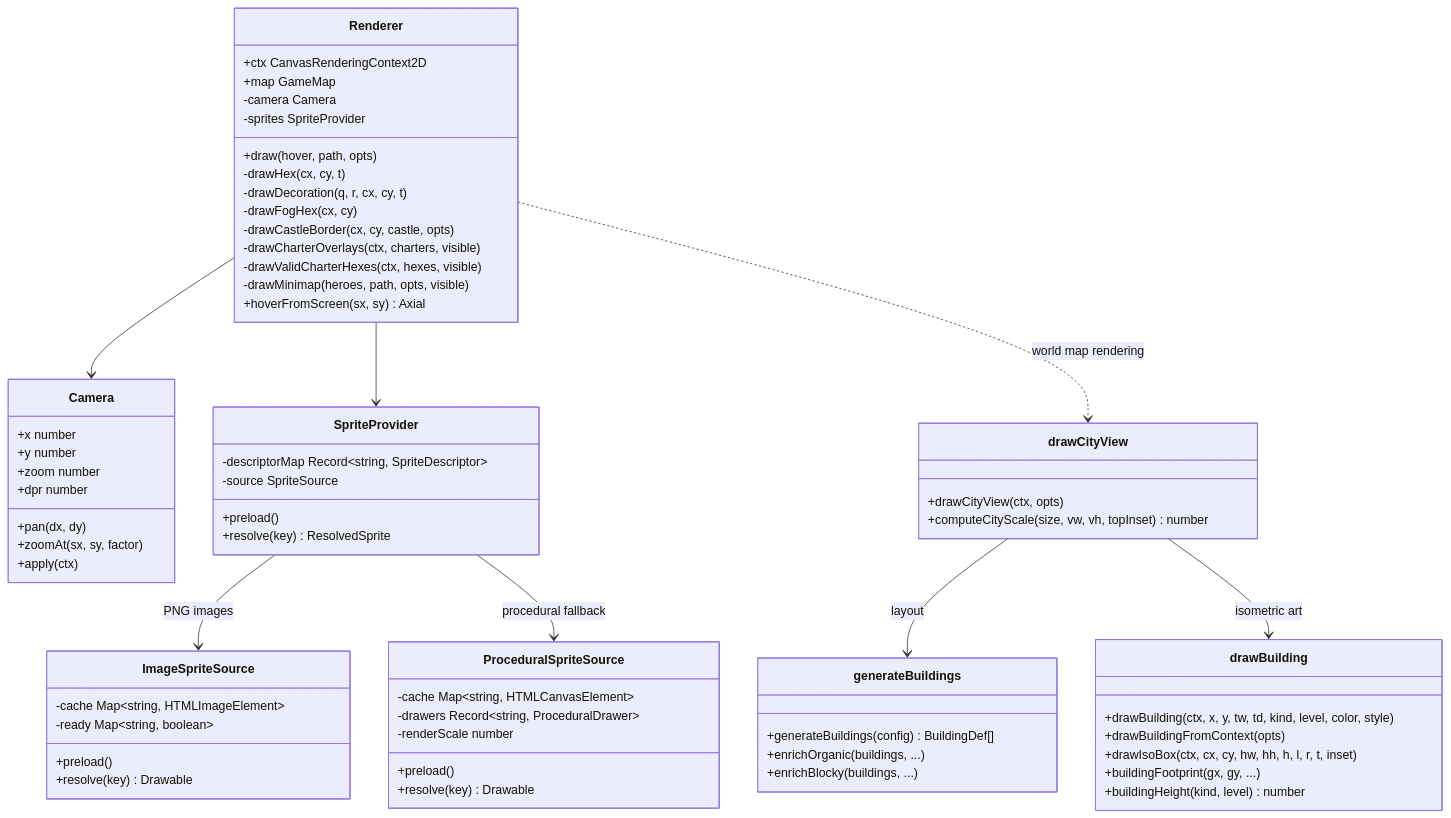
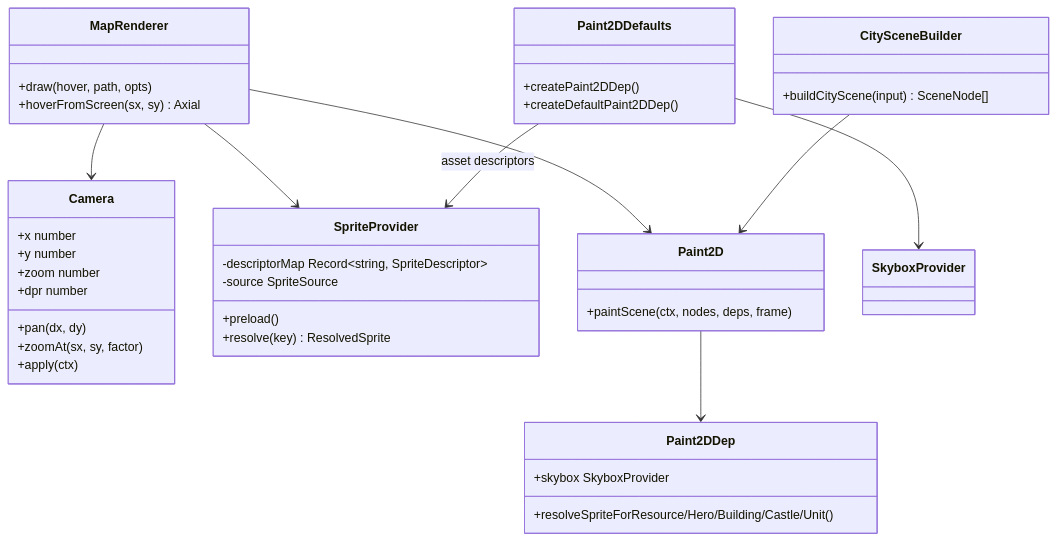
One commit to JLRoper/vigilant-palm-tree changed the eighth of 8 diagrams in src/render/docs/technical-spec.md. Above: the diagram before and after it, drawn with Mermaid. The commit also changed other lines of this file and 23 other files, not shown here.

````diff
--- a/src/render/docs/technical-spec.md
+++ b/src/render/docs/technical-spec.md
@@ -876,77 +902,45 @@
 ```mermaid
 classDiagram
-    class Renderer {
-        +ctx CanvasRenderingContext2D
-        +map GameMap
-        -camera Camera
-        -sprites SpriteProvider
+    class MapRenderer {
         +draw(hover, path, opts)
-        -drawHex(cx, cy, t)
-        -drawDecoration(q, r, cx, cy, t)
-        -drawFogHex(cx, cy)
-        -drawCastleBorder(cx, cy, castle, opts)
-        -drawCharterOverlays(ctx, charters, visible)
-        -drawValidCharterHexes(ctx, hexes, visible)
-        -drawMinimap(heroes, path, opts, visible)
         +hoverFromScreen(sx, sy) Axial
     }
-
     class Camera {
         +x number
         +y number
         +zoom number
         +dpr number
         +pan(dx, dy)
         +zoomAt(sx, sy, factor)
         +apply(ctx)
     }
-
     class SpriteProvider {
         -descriptorMap Record~string, SpriteDescriptor~
         -source SpriteSource
         +preload()
         +resolve(key) ResolvedSprite
     }
+    class CitySceneBuilder {
+        +buildCityScene(input) SceneNode[]
+    }
+    class Paint2D {
+        +paintScene(ctx, nodes, deps, frame)
+    }
+    class Paint2DDep {
+        +resolveSpriteForResource/Hero/Building/Castle/Unit()
+        +skybox SkyboxProvider
+    }
+    class Paint2DDefaults {
+        +createPaint2DDep()
+        +createDefaultPaint2DDep()
+    }
+    class SkyboxProvider
 
-    class ImageSpriteSource {
-        -cache Map~string, HTMLImageElement~
-        -ready Map~string, boolean~
-        +preload()
-        +resolve(key) Drawable
-    }
-
-    class ProceduralSpriteSource {
-        -cache Map~string, HTMLCanvasElement~
-        -drawers Record~string, ProceduralDrawer~
-        -renderScale number
-        +preload()
-        +resolve(key) Drawable
-    }
-
-    class drawCityView {
-        +drawCityView(ctx, opts)
-        +computeCityScale(size, vw, vh, topInset) number
-    }
-
-    class generateBuildings {
-        +generateBuildings(config) BuildingDef[]
-        +enrichOrganic(buildings, ...)
-        +enrichBlocky(buildings, ...)
-    }
-
-    class drawBuilding {
-        +drawBuilding(ctx, x, y, tw, td, kind, level, color, style)
-        +drawBuildingFromContext(opts)
-        +drawIsoBox(ctx, cx, cy, hw, hh, h, l, r, t, inset)
-        +buildingFootprint(gx, gy, ...)
-        +buildingHeight(kind, level) number
-    }
-
-    Renderer --> Camera
-    Renderer --> SpriteProvider
-    SpriteProvider --> ImageSpriteSource : PNG images
-    SpriteProvider --> ProceduralSpriteSource : procedural fallback
-    Renderer ..> drawCityView : world map rendering
-    drawCityView --> generateBuildings : layout
-    drawCityView --> drawBuilding : isometric art
+    MapRenderer --> Camera
+    MapRenderer --> SpriteProvider
+    MapRenderer --> Paint2D
+    CitySceneBuilder --> Paint2D
+    Paint2D --> Paint2DDep
+    Paint2DDefaults --> SpriteProvider : asset descriptors
+    Paint2DDefaults --> SkyboxProvider
 ```
````
